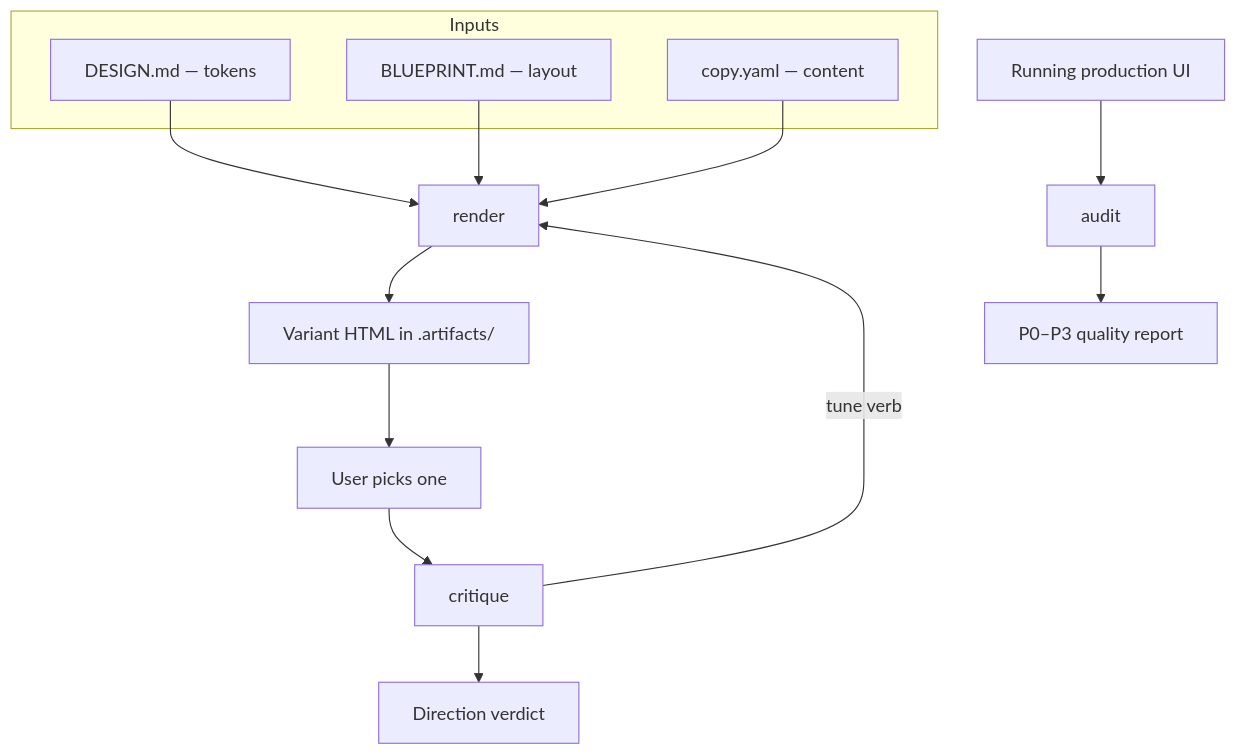
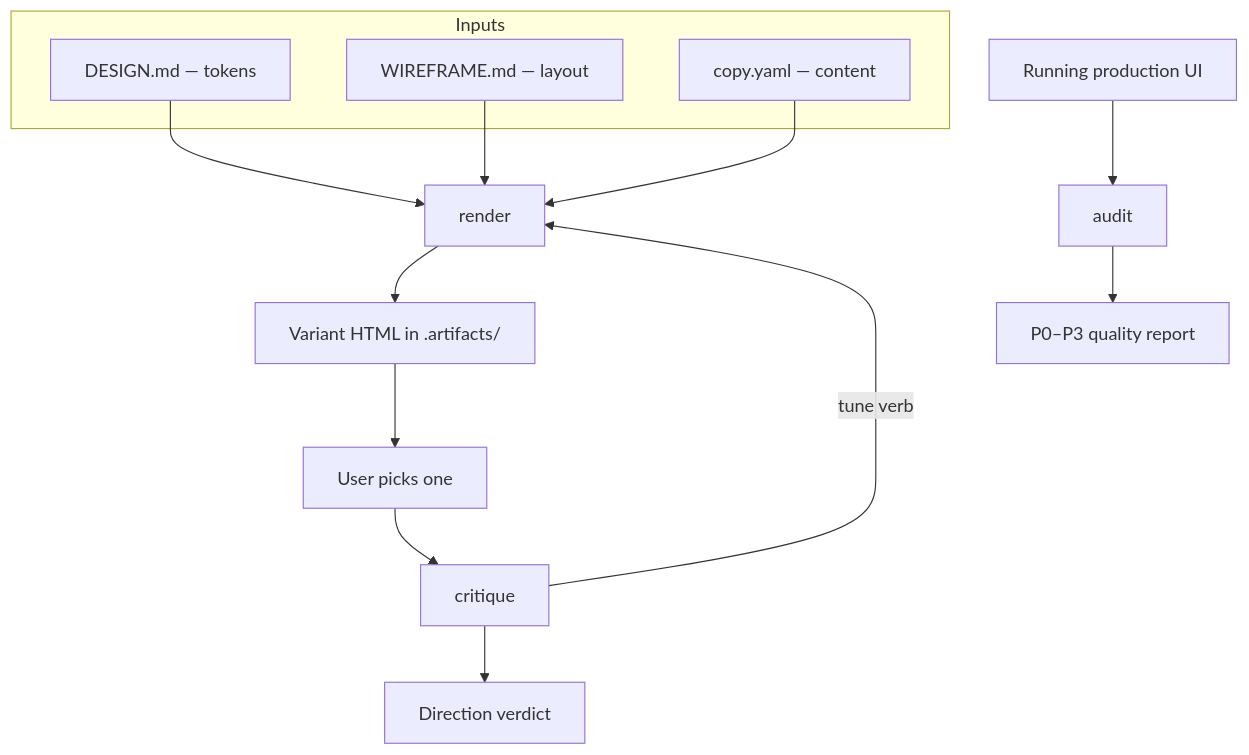
One commit to adeonir/agent-skills changed the diagram in skills/product/craft-ui/README.md. Above: the diagram before and after it, drawn with Mermaid. The commit also changed other lines of this file and 18 other files, not shown here.

First line of the commit message:
feat: rename blueprint to wireframe-sketch and render the region tree

````diff
--- a/skills/product/craft-ui/README.md
+++ b/skills/product/craft-ui/README.md
@@ -7,18 +7,18 @@
 ```mermaid
 flowchart TD
     subgraph inputs[Inputs]
       D[DESIGN.md — tokens]
-      B[BLUEPRINT.md — layout]
+      B[WIREFRAME.md — layout]
       C[copy.yaml — content]
     end
     D --> R[render]
     B --> R
     C --> R
     R --> V[Variant HTML in .artifacts/]
     V --> Pick[User picks one]
     Pick --> Cr[critique]
     Cr -->|tune verb| R
     Cr --> DV[Direction verdict]
     UI[Running production UI] --> Au[audit]
     Au --> RP[P0–P3 quality report]
 ```
````
